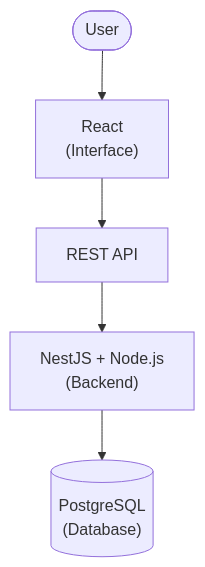
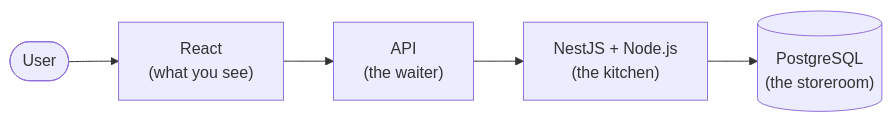
Before and after one commit to floreslog/what-is-what-web: the diagram in README.md, drawn with Mermaid. The commit also changed other lines of this file, not shown here.

````diff
--- a/README.md
+++ b/README.md
@@ -260,7 +155,7 @@
 ```mermaid
-flowchart TD
-    U([User]) --> R["React<br/>(Interface)"]
-    R --> A["REST API"]
-    A --> N["NestJS + Node.js<br/>(Backend)"]
-    N --> P[("PostgreSQL<br/>(Database)")]
+flowchart LR
+    U([User]) --> R["React<br/>(what you see)"]
+    R --> A["API<br/>(the waiter)"]
+    A --> N["NestJS + Node.js<br/>(the kitchen)"]
+    N --> P[("PostgreSQL<br/>(the storeroom)")]
 ```
````
